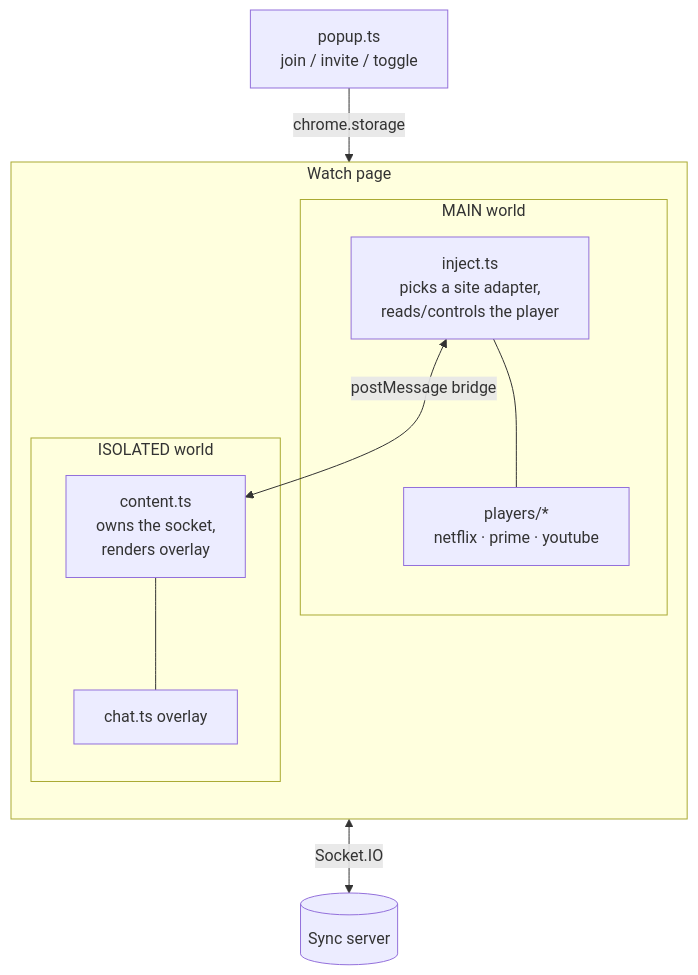
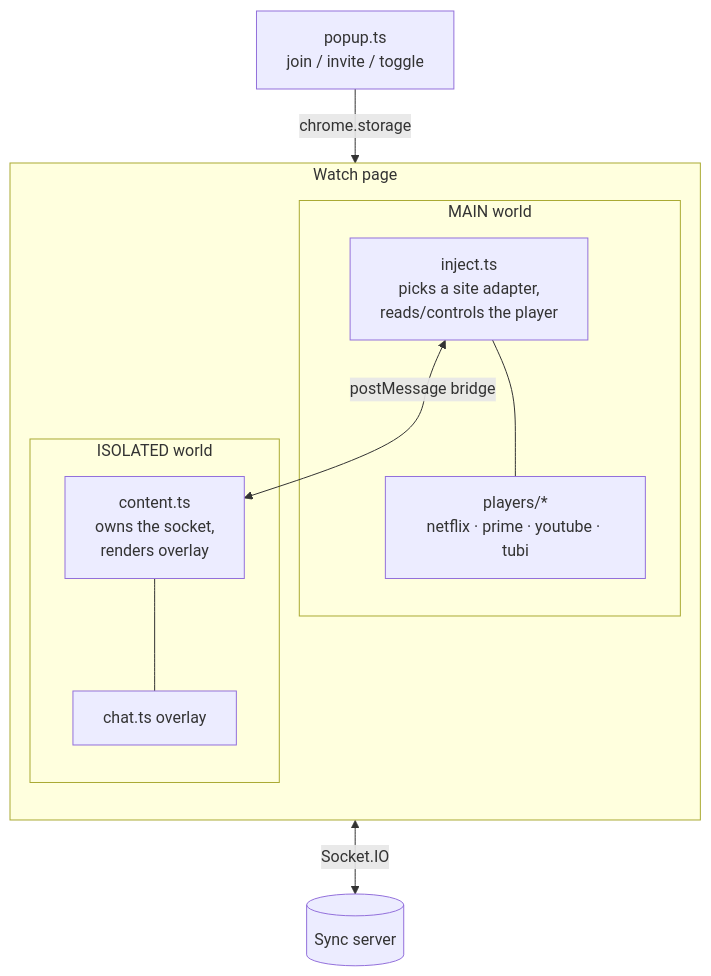
Before and after one commit to nkc-137/watchparty: the third of 3 diagrams in README.md, drawn with Mermaid. The commit also changed other lines of this file and 7 other files, not shown here.

````diff
--- a/README.md
+++ b/README.md
@@ -207,19 +207,19 @@
 ```mermaid
 flowchart TB
     subgraph page["Watch page"]
         direction TB
         subgraph main["MAIN world"]
             inject["inject.ts<br/>picks a site adapter,<br/>reads/controls the player"]
-            adapters["players/*<br/>netflix · prime · youtube"]
+            adapters["players/*<br/>netflix · prime · youtube · tubi"]
             inject --- adapters
         end
         subgraph iso["ISOLATED world"]
             content["content.ts<br/>owns the socket,<br/>renders overlay"]
             chat["chat.ts overlay"]
             content --- chat
         end
         inject <-->|postMessage bridge| content
     end
     popup["popup.ts<br/>join / invite / toggle"] -->|chrome.storage| content
     content <-->|Socket.IO| server[("Sync server")]
 ```
````
